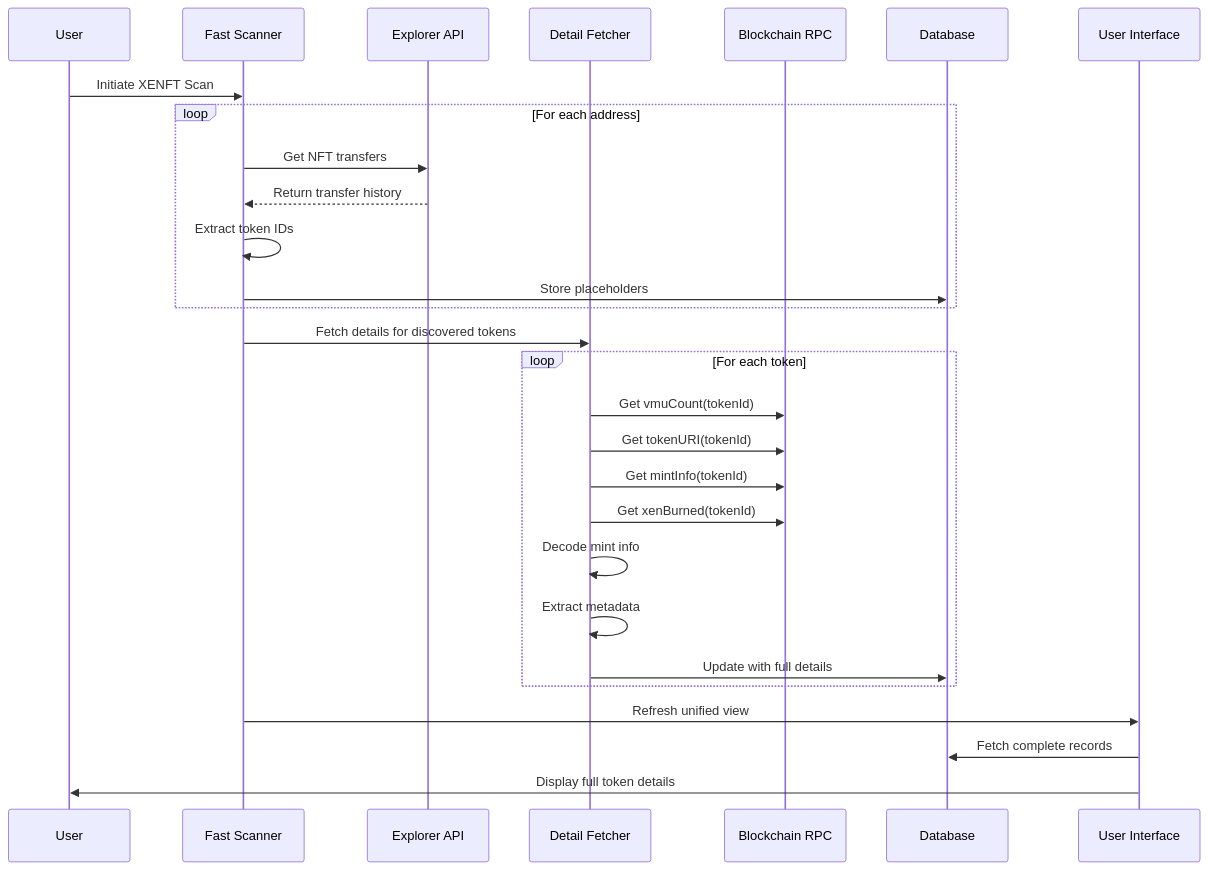
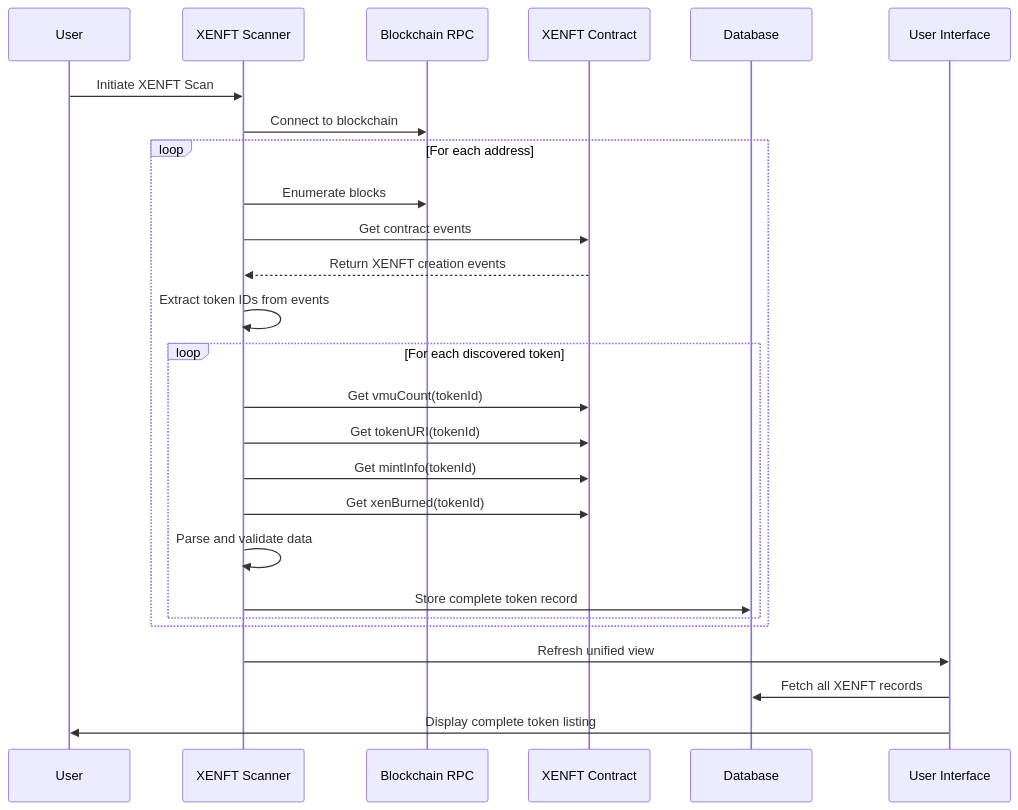
The fifth of 14 diagrams in flow.md (JozefJarosciak/wenxen.com), drawn with Mermaid before and after one commit. The commit also changed other lines of this file and 2 other files, not shown here.

````diff
--- a/flow.md
+++ b/flow.md
@@ -217,36 +203,32 @@
 ```mermaid
 sequenceDiagram
     participant User
-    participant Scanner as Fast Scanner
-    participant API as Explorer API
-    participant Fetcher as Detail Fetcher
+    participant Scanner as XENFT Scanner
     participant RPC as Blockchain RPC
+    participant Contract as XENFT Contract
     participant DB as Database
     participant UI as User Interface
     
     User->>Scanner: Initiate XENFT Scan
+    Scanner->>RPC: Connect to blockchain
     
     loop For each address
-        Scanner->>API: Get NFT transfers
-        API-->>Scanner: Return transfer history
-        Scanner->>Scanner: Extract token IDs
-        Scanner->>DB: Store placeholders
-    end
-    
-    Scanner->>Fetcher: Fetch details for discovered tokens
-    
-    loop For each token
-        Fetcher->>RPC: Get vmuCount(tokenId)
-        Fetcher->>RPC: Get tokenURI(tokenId)
-        Fetcher->>RPC: Get mintInfo(tokenId)
-        Fetcher->>RPC: Get xenBurned(tokenId)
+        Scanner->>RPC: Enumerate blocks
+        Scanner->>Contract: Get contract events
+        Contract-->>Scanner: Return XENFT creation events
+        Scanner->>Scanner: Extract token IDs from events
         
-        Fetcher->>Fetcher: Decode mint info
-        Fetcher->>Fetcher: Extract metadata
-        Fetcher->>DB: Update with full details
+        loop For each discovered token
+            Scanner->>Contract: Get vmuCount(tokenId)
+            Scanner->>Contract: Get tokenURI(tokenId)
+            Scanner->>Contract: Get mintInfo(tokenId)
+            Scanner->>Contract: Get xenBurned(tokenId)
+            Scanner->>Scanner: Parse and validate data
+            Scanner->>DB: Store complete token record
+        end
     end
     
     Scanner->>UI: Refresh unified view
-    UI->>DB: Fetch complete records
-    UI->>User: Display full token details
+    UI->>DB: Fetch all XENFT records
+    UI->>User: Display complete token listing
 ```
````
